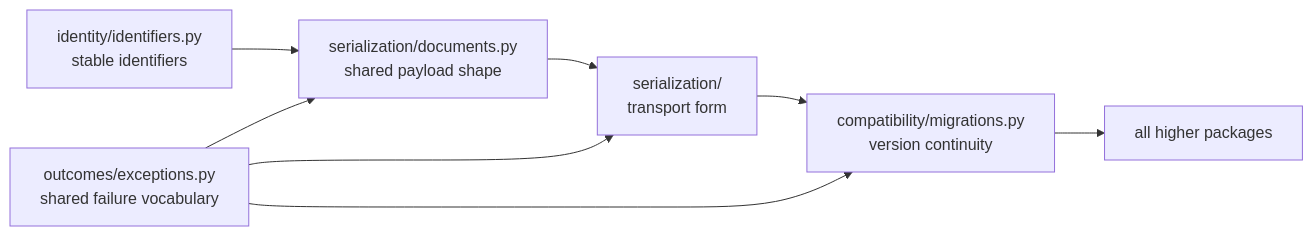
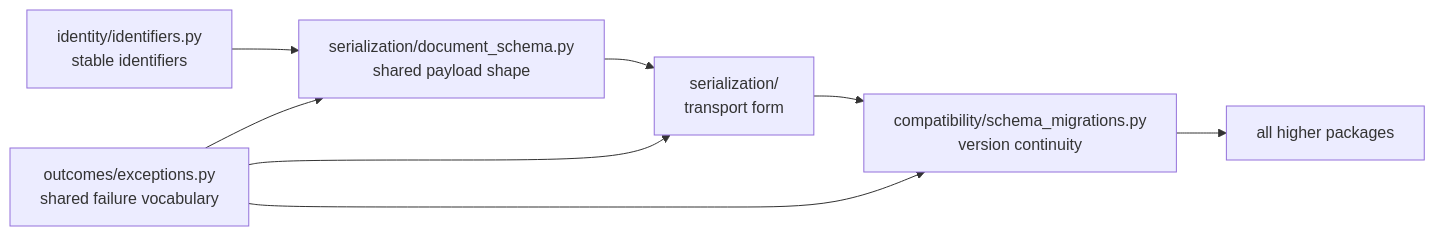
The diagram in docs/03-bijux-proteomics-foundation/architecture/index.md (bijux/bijux-proteomics), drawn with Mermaid before and after one commit. The commit also changed other lines of this file and 34 other files, not shown here.

````diff
--- a/docs/03-bijux-proteomics-foundation/architecture/index.md
+++ b/docs/03-bijux-proteomics-foundation/architecture/index.md
@@ -17,14 +17,14 @@
 ```mermaid
 flowchart LR
     ids["identity/identifiers.py<br/>stable identifiers"]
-    schema["serialization/documents.py<br/>shared payload shape"]
+    schema["serialization/document_schema.py<br/>shared payload shape"]
     serialization["serialization/<br/>transport form"]
-    migrations["compatibility/migrations.py<br/>version continuity"]
+    migrations["compatibility/schema_migrations.py<br/>version continuity"]
     errors["outcomes/exceptions.py<br/>shared failure vocabulary"]
     consumers["all higher packages"]
 
     ids --> schema --> serialization --> migrations --> consumers
     errors --> schema
     errors --> serialization
     errors --> migrations
 ```
````
